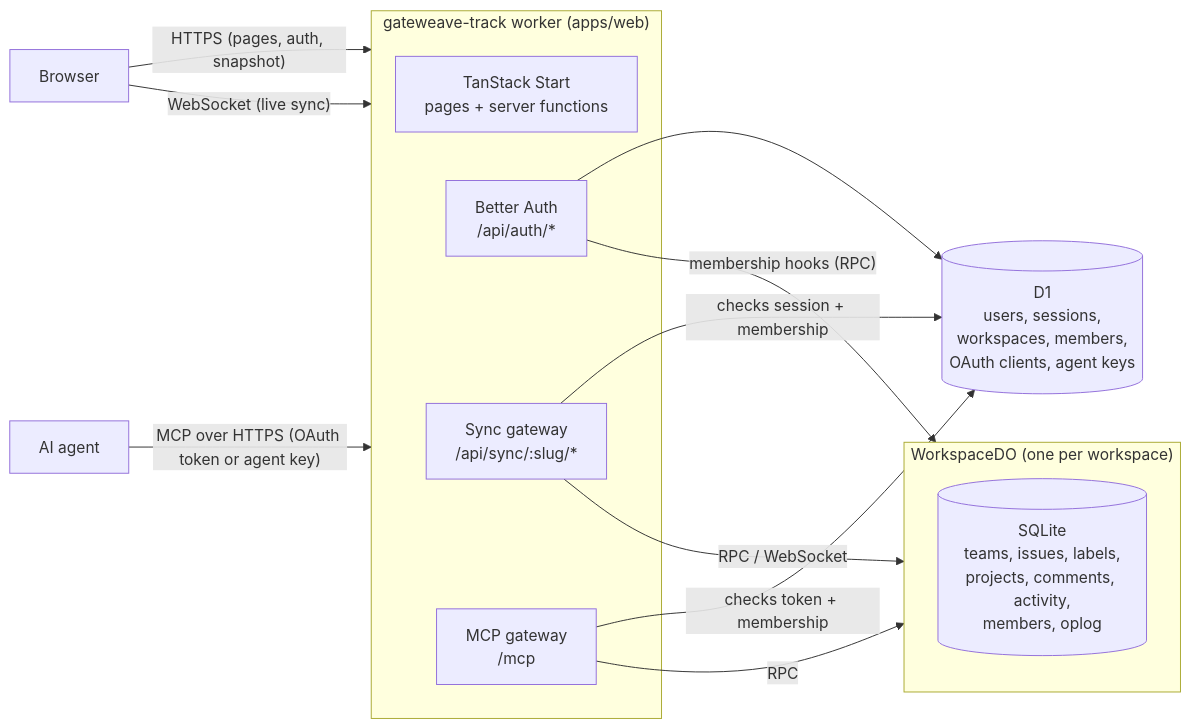
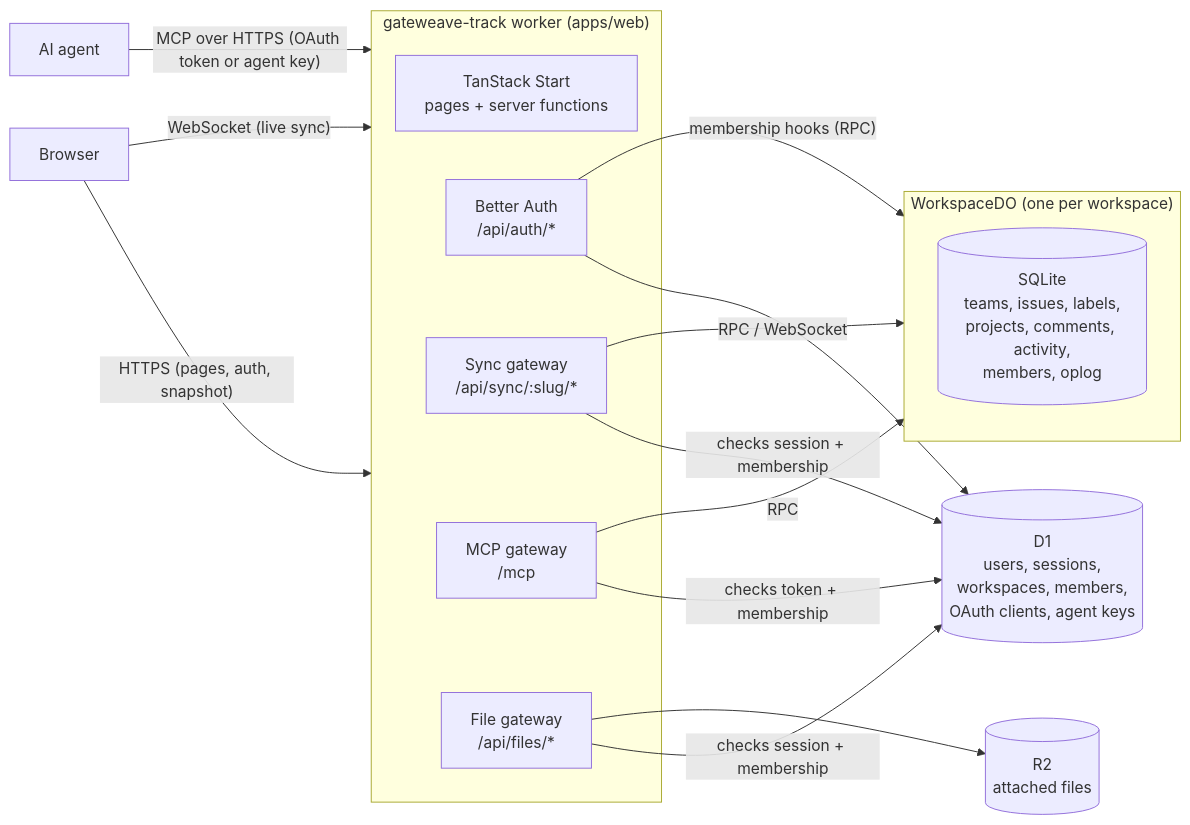
One commit to gateweavehq/track changed the diagram in docs/architecture.md. Above: the diagram before and after it, drawn with Mermaid. The commit also changed other lines of this file and 20 other files, not shown here.

````diff
--- a/docs/architecture.md
+++ b/docs/architecture.md
@@ -8,21 +8,24 @@
 ```mermaid
 flowchart LR
   Browser -- "HTTPS (pages, auth, snapshot)" --> Worker
   Browser -- "WebSocket (live sync)" --> Worker
   Agent["AI agent"] -- "MCP over HTTPS (OAuth token or agent key)" --> Worker
   subgraph Worker["gateweave-track worker (apps/web)"]
     Start["TanStack Start<br/>pages + server functions"]
     Auth["Better Auth<br/>/api/auth/*"]
     Gateway["Sync gateway<br/>/api/sync/:slug/*"]
     Mcp["MCP gateway<br/>/mcp"]
+    Files["File gateway<br/>/api/files/*"]
   end
   Auth --> D1[("D1<br/>users, sessions,<br/>workspaces, members,<br/>OAuth clients, agent keys")]
   Gateway -- "checks session + membership" --> D1
   Gateway -- "RPC / WebSocket" --> DO
   Mcp -- "checks token + membership" --> D1
   Mcp -- "RPC" --> DO
+  Files -- "checks session + membership" --> D1
+  Files --> R2[("R2<br/>attached files")]
   Auth -- "membership hooks (RPC)" --> DO
   subgraph DO["WorkspaceDO (one per workspace)"]
     SQLite[("SQLite<br/>teams, issues, labels,<br/>projects, comments, activity,<br/>members, oplog")]
   end
 ```
````
